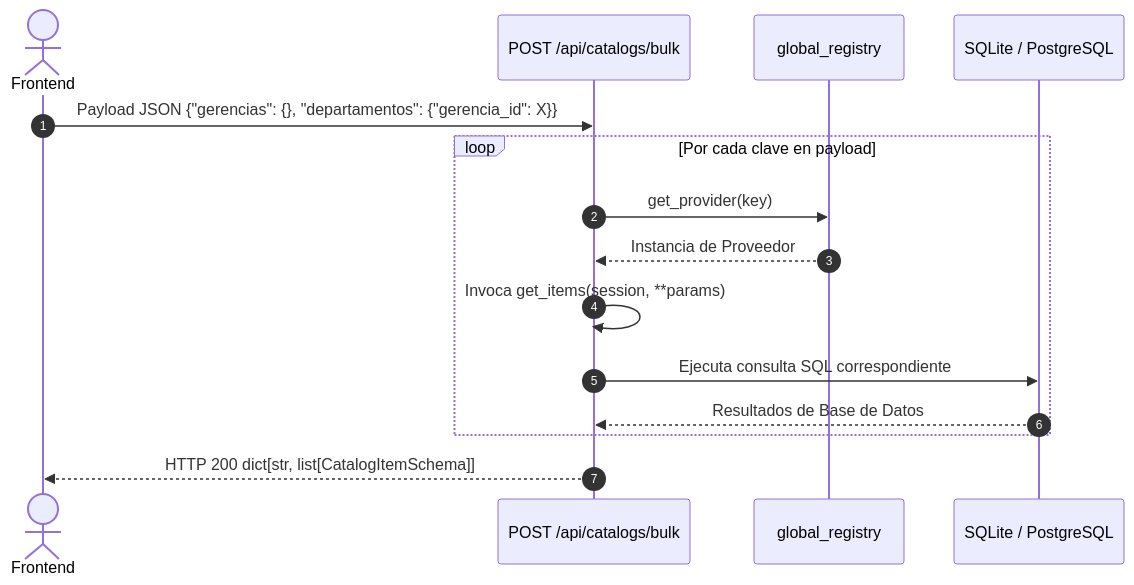
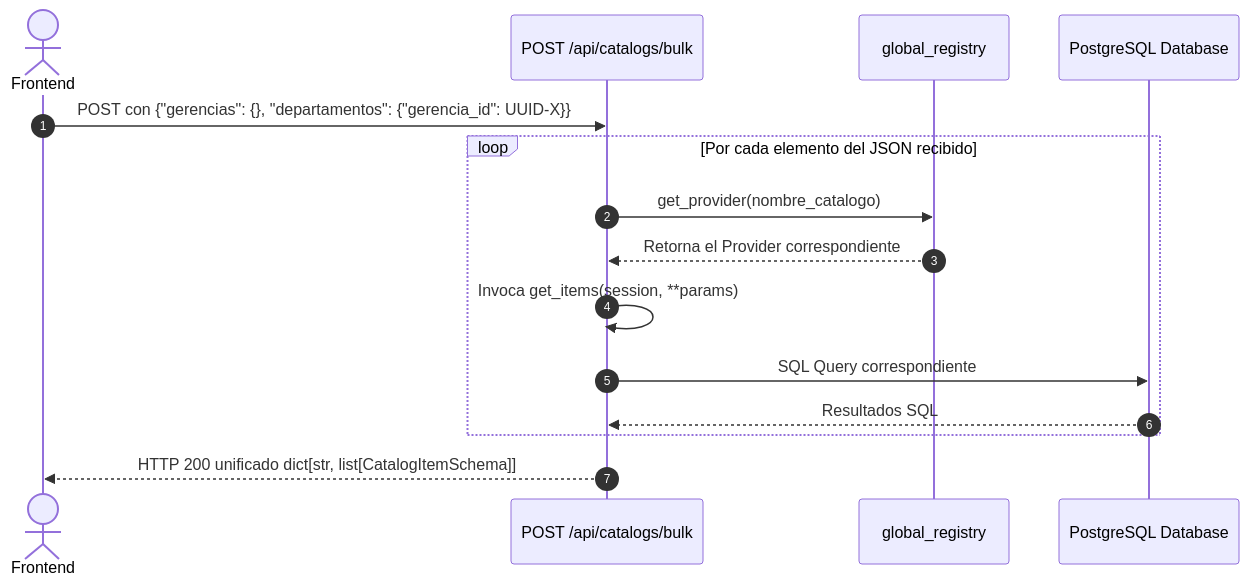
Before and after one commit to henrytaby/uyuni-backend-py: the fourth of 4 diagrams in docs/developer_guide/02_sistema_catalogos_dinamicos.md, drawn with Mermaid. The commit also changed other lines of this file, not shown here.

````diff
--- a/docs/developer_guide/02_sistema_catalogos_dinamicos.md
+++ b/docs/developer_guide/02_sistema_catalogos_dinamicos.md
@@ -86,18 +139,18 @@
 ```mermaid
 sequenceDiagram
     autonumber
     actor Client as Frontend
     participant Route as POST /api/catalogs/bulk
     participant Reg as global_registry
-    participant DB as SQLite / PostgreSQL
+    participant DB as PostgreSQL Database
     
-    Client->>Route: Payload JSON {"gerencias": {}, "departamentos": {"gerencia_id": X}}
-    Loop Por cada clave en payload
-        Route->>Reg: get_provider(key)
-        Reg-->>Route: Instancia de Proveedor
+    Client->>Route: POST con {"gerencias": {}, "departamentos": {"gerencia_id": UUID-X}}
+    loop Por cada elemento del JSON recibido
+        Route->>Reg: get_provider(nombre_catalogo)
+        Reg-->>Route: Retorna el Provider correspondiente
         Route->>Route: Invoca get_items(session, **params)
-        Route->>DB: Ejecuta consulta SQL correspondiente
-        DB-->>Route: Resultados de Base de Datos
-    End
-    Route-->>Client: HTTP 200 dict[str, list[CatalogItemSchema]]
+        Route->>DB: SQL Query correspondiente
+        DB-->>Route: Resultados SQL
+    end
+    Route-->>Client: HTTP 200 unificado dict[str, list[CatalogItemSchema]]
 ```
````
